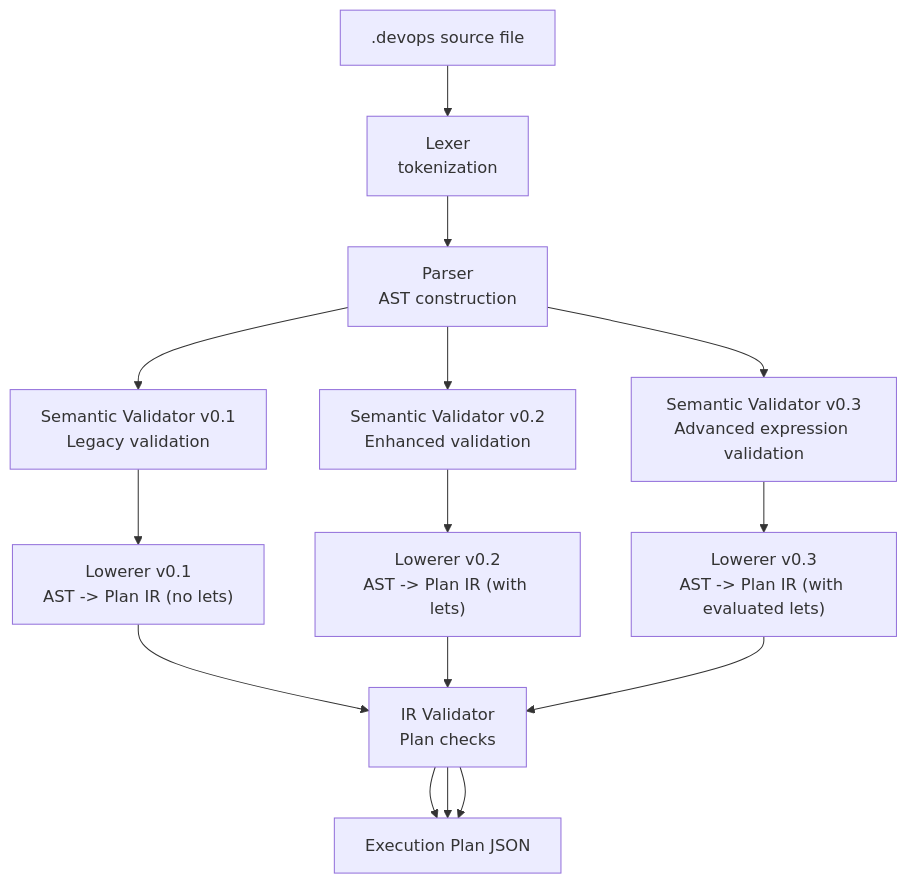
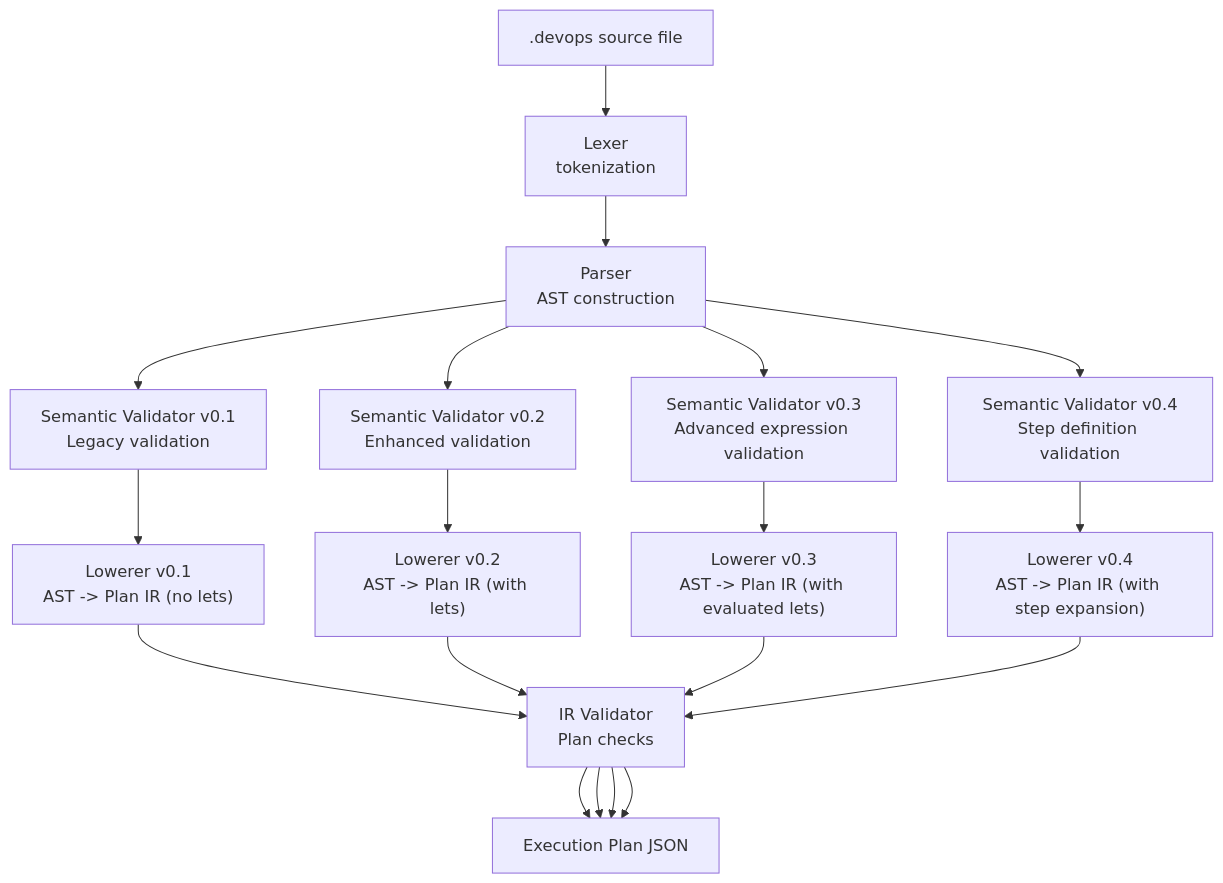
One commit to ahmednour1430464/dotdevops changed the first of 12 diagrams in .qoder/repowiki/en/content/.devops Language Reference/Validation Rules and Constraints.md. Above: the diagram before and after it, drawn with Mermaid. The commit also changed other lines of this file and 3 other files, not shown here.

````diff
--- a/.qoder/repowiki/en/content/.devops Language Reference/Validation Rules and Constraints.md
+++ b/.qoder/repowiki/en/content/.devops Language Reference/Validation Rules and Constraints.md
@@ -64,17 +73,20 @@
 ```mermaid
 graph TB
 SRC[".devops source file"]
 LEX["Lexer<br/>tokenization"]
 PARSE["Parser<br/>AST construction"]
 SEMVAL01["Semantic Validator v0.1<br/>Legacy validation"]
 SEMVAL02["Semantic Validator v0.2<br/>Enhanced validation"]
 SEMVAL03["Semantic Validator v0.3<br/>Advanced expression validation"]
+SEMVAL04["Semantic Validator v0.4<br/>Step definition validation"]
 LOWER01["Lowerer v0.1<br/>AST -> Plan IR (no lets)"]
 LOWER02["Lowerer v0.2<br/>AST -> Plan IR (with lets)"]
 LOWER03["Lowerer v0.3<br/>AST -> Plan IR (with evaluated lets)"]
+LOWER04["Lowerer v0.4<br/>AST -> Plan IR (with step expansion)"]
 IRVAL["IR Validator<br/>Plan checks"]
 OUT["Execution Plan JSON"]
 SRC --> LEX --> PARSE --> SEMVAL01 --> LOWER01 --> IRVAL --> OUT
 PARSE --> SEMVAL02 --> LOWER02 --> IRVAL --> OUT
 PARSE --> SEMVAL03 --> LOWER03 --> IRVAL --> OUT
+PARSE --> SEMVAL04 --> LOWER04 --> IRVAL --> OUT
 ```
````
